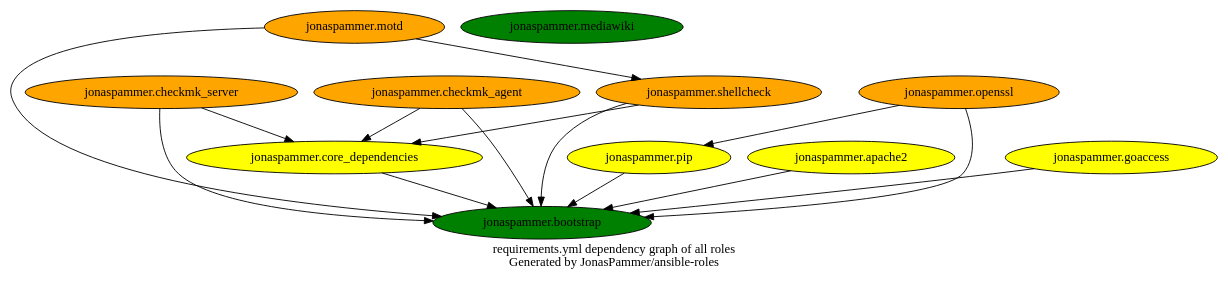
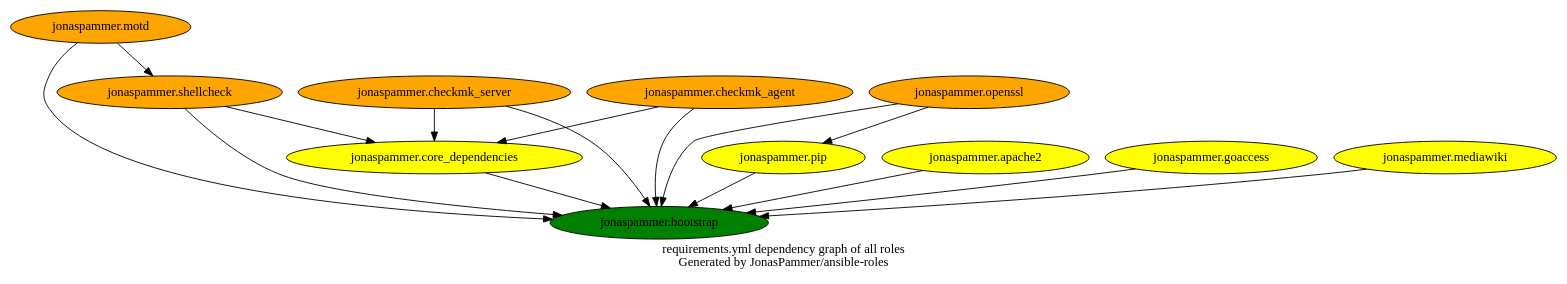
Before and after one commit to JonasPammer/ansible-roles: the diagram in graphs/dependencies_ALL.dot, drawn with Graphviz. The commit also changed 6 other files, not shown here.

```diff
--- a/graphs/dependencies_ALL.dot
+++ b/graphs/dependencies_ALL.dot
@@ -1,28 +1,29 @@
 digraph hierarchy {
   label = "requirements.yml dependency graph of all roles \n Generated by JonasPammer/ansible-roles" ;
 
   {
     "jonaspammer.bootstrap" [fillcolor=green style=filled]
     "jonaspammer.core_dependencies" [fillcolor=yellow style=filled]
     "jonaspammer.pip" [fillcolor=yellow style=filled]
     "jonaspammer.shellcheck" [fillcolor=orange style=filled]
     "jonaspammer.checkmk_server" [fillcolor=orange style=filled]
     "jonaspammer.checkmk_agent" [fillcolor=orange style=filled]
     "jonaspammer.motd" [fillcolor=orange style=filled]
     "jonaspammer.apache2" [fillcolor=yellow style=filled]
     "jonaspammer.openssl" [fillcolor=orange style=filled]
     "jonaspammer.goaccess" [fillcolor=yellow style=filled]
-    "jonaspammer.mediawiki" [fillcolor=green style=filled]
+    "jonaspammer.mediawiki" [fillcolor=yellow style=filled]
   }
 
 
   "jonaspammer.core_dependencies" -> {"jonaspammer.bootstrap"}
   "jonaspammer.pip" -> {"jonaspammer.bootstrap"}
   "jonaspammer.shellcheck" -> {"jonaspammer.bootstrap" "jonaspammer.core_dependencies"}
   "jonaspammer.checkmk_server" -> {"jonaspammer.bootstrap" "jonaspammer.core_dependencies"}
   "jonaspammer.checkmk_agent" -> {"jonaspammer.bootstrap" "jonaspammer.core_dependencies"}
   "jonaspammer.motd" -> {"jonaspammer.bootstrap" "jonaspammer.shellcheck"}
   "jonaspammer.apache2" -> {"jonaspammer.bootstrap"}
   "jonaspammer.openssl" -> {"jonaspammer.pip" "jonaspammer.bootstrap"}
   "jonaspammer.goaccess" -> {"jonaspammer.bootstrap"}
+  "jonaspammer.mediawiki" -> {"jonaspammer.bootstrap"}
 }
```
